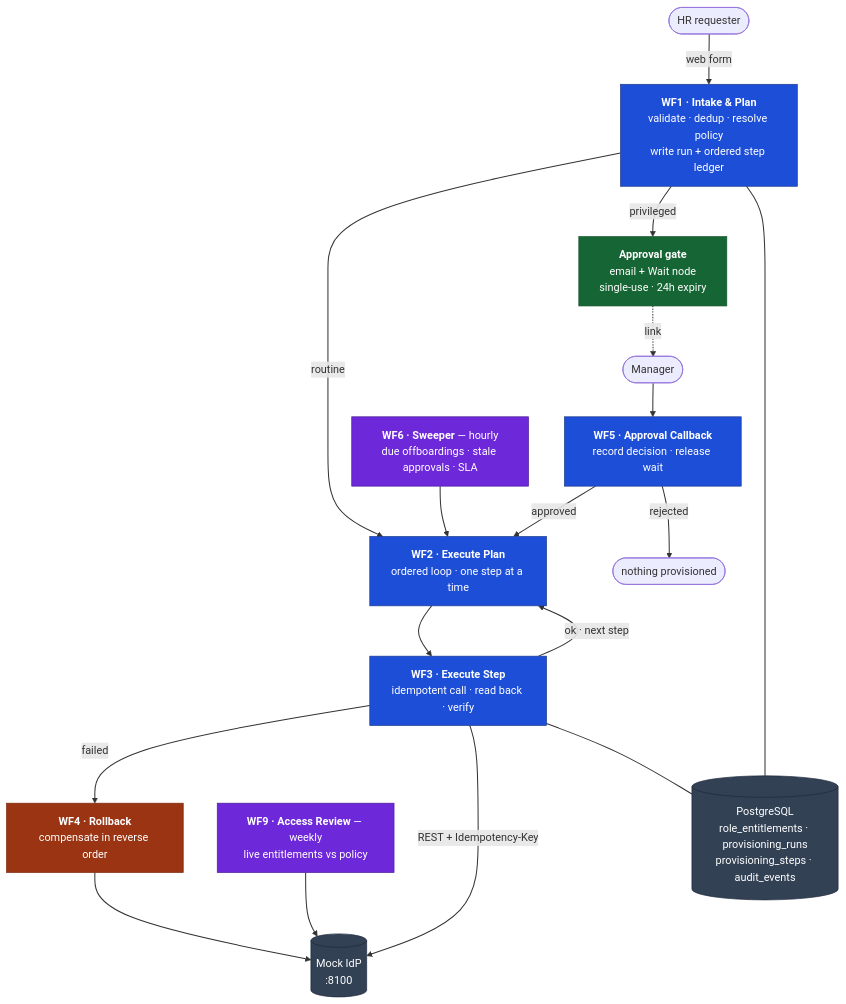
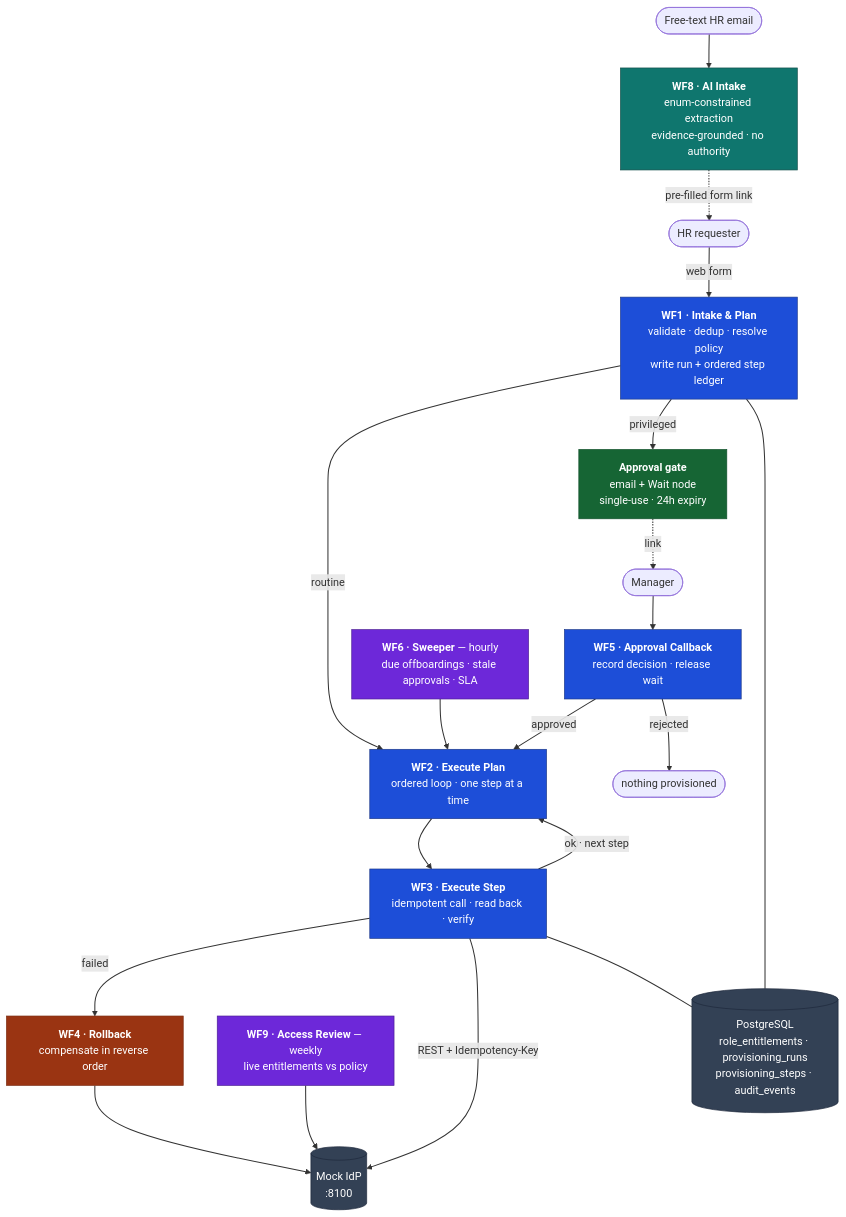
Before and after one commit to Yus3n10/Self-Healing-Employee-Lifecycle-Automation-n8n-workflow-: the diagram in README.md, drawn with Mermaid. The commit also changed other lines of this file and 4 other files, not shown here.

Commit message:
Add WF8 AI intake: enum-constrained extraction with evidence grounding and human confirmation

````diff
--- a/README.md
+++ b/README.md
@@ -29,42 +29,46 @@
 ```mermaid
 flowchart TD
+    MAIL([Free-text HR email]) --> AI["<b>WF8 · AI Intake</b><br/>enum-constrained extraction<br/>evidence-grounded · no authority"]
+    AI -.->|pre-filled form link| HR
     HR([HR requester]) -->|web form| INTAKE
 
     INTAKE["<b>WF1 · Intake &amp; Plan</b><br/>validate · dedup · resolve policy<br/>write run + ordered step ledger"]
     INTAKE ==>|routine| EXEC
     INTAKE -->|privileged| GATE
 
     GATE["<b>Approval gate</b><br/>email + Wait node<br/>single-use · 24h expiry"]
     GATE -.->|link| MGR([Manager])
     MGR --> CB["<b>WF5 · Approval Callback</b><br/>record decision · release wait"]
     CB ==>|approved| EXEC
     CB -->|rejected| DONE(["nothing provisioned"])
 
     EXEC["<b>WF2 · Execute Plan</b><br/>ordered loop · one step at a time"]
     EXEC ==> STEP["<b>WF3 · Execute Step</b><br/>idempotent call · read back · verify"]
     STEP -->|ok · next step| EXEC
     STEP -->|failed| RB["<b>WF4 · Rollback</b><br/>compensate in reverse order"]
 
     STEP ==>|REST + Idempotency-Key| IDP[("Mock IdP<br/>:8100")]
     RB --> IDP
 
     SWEEP["<b>WF6 · Sweeper</b> — hourly<br/>due offboardings · stale approvals · SLA"] --> EXEC
     REVIEW["<b>WF9 · Access Review</b> — weekly<br/>live entitlements vs policy"] --> IDP
 
     INTAKE --- DB[("PostgreSQL<br/>role_entitlements · provisioning_runs<br/>provisioning_steps · audit_events")]
     STEP --- DB
 
     classDef wf fill:#1d4ed8,stroke:#1e3a8a,color:#fff
     classDef gate fill:#166534,stroke:#14532d,color:#fff
     classDef rb fill:#9a3412,stroke:#7c2d12,color:#fff
     classDef data fill:#334155,stroke:#1e293b,color:#fff
     classDef sched fill:#6d28d9,stroke:#4c1d95,color:#fff
+    classDef ai fill:#0f766e,stroke:#134e4a,color:#fff
 
+    class AI ai
     class INTAKE,EXEC,STEP,CB wf
     class GATE gate
     class RB rb
     class DB,IDP data
     class SWEEP,REVIEW sched
 
     linkStyle default stroke-width:1.5px
 ```
````
